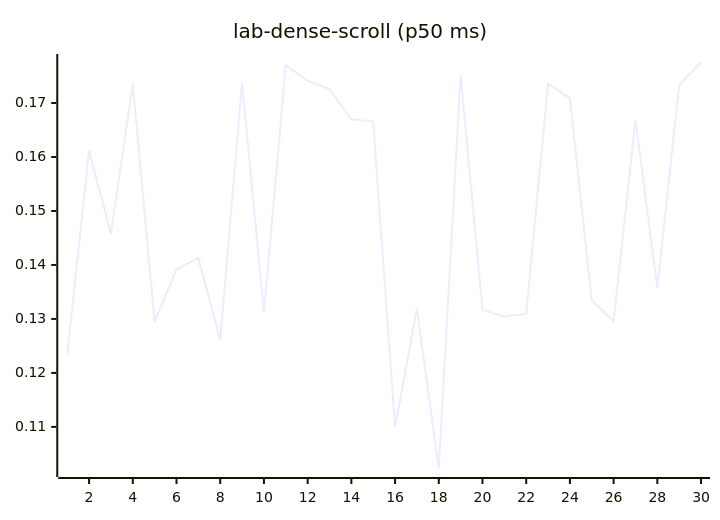
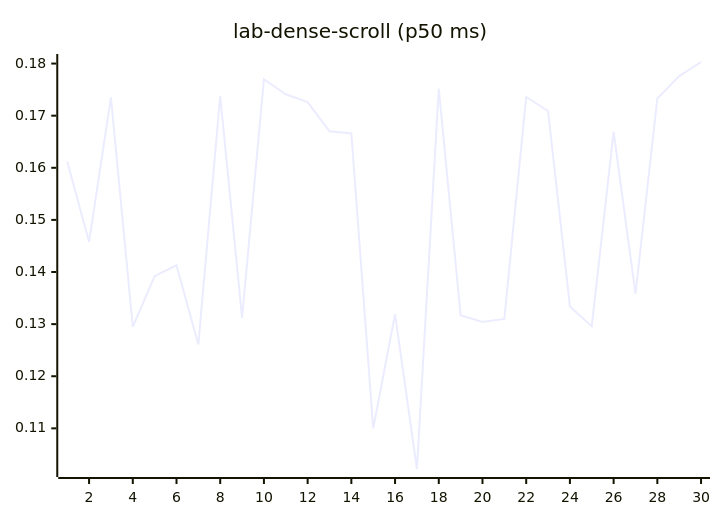
Before and after one commit to josha/Facet: diagram 12 of 27 in README.md, drawn with Mermaid. The commit also changed other lines of this file and 2 other files, not shown here.

````diff
--- a/README.md
+++ b/README.md
@@ -140,6 +140,6 @@
 ```mermaid
 xychart-beta
     title "lab-dense-scroll (p50 ms)"
     x-axis 1 --> 30
-    line [0.1233, 0.1612, 0.1458, 0.1735, 0.1295, 0.1392, 0.1413, 0.1261, 0.1738, 0.1312, 0.1770, 0.1741, 0.1726, 0.1670, 0.1666, 0.1100, 0.1319, 0.1022, 0.1752, 0.1317, 0.1304, 0.1310, 0.1736, 0.1709, 0.1334, 0.1296, 0.1669, 0.1358, 0.1733, 0.1776]
+    line [0.1612, 0.1458, 0.1735, 0.1295, 0.1392, 0.1413, 0.1261, 0.1738, 0.1312, 0.1770, 0.1741, 0.1726, 0.1670, 0.1666, 0.1100, 0.1319, 0.1022, 0.1752, 0.1317, 0.1304, 0.1310, 0.1736, 0.1709, 0.1334, 0.1296, 0.1669, 0.1358, 0.1733, 0.1776, 0.1803]
 ```
````
